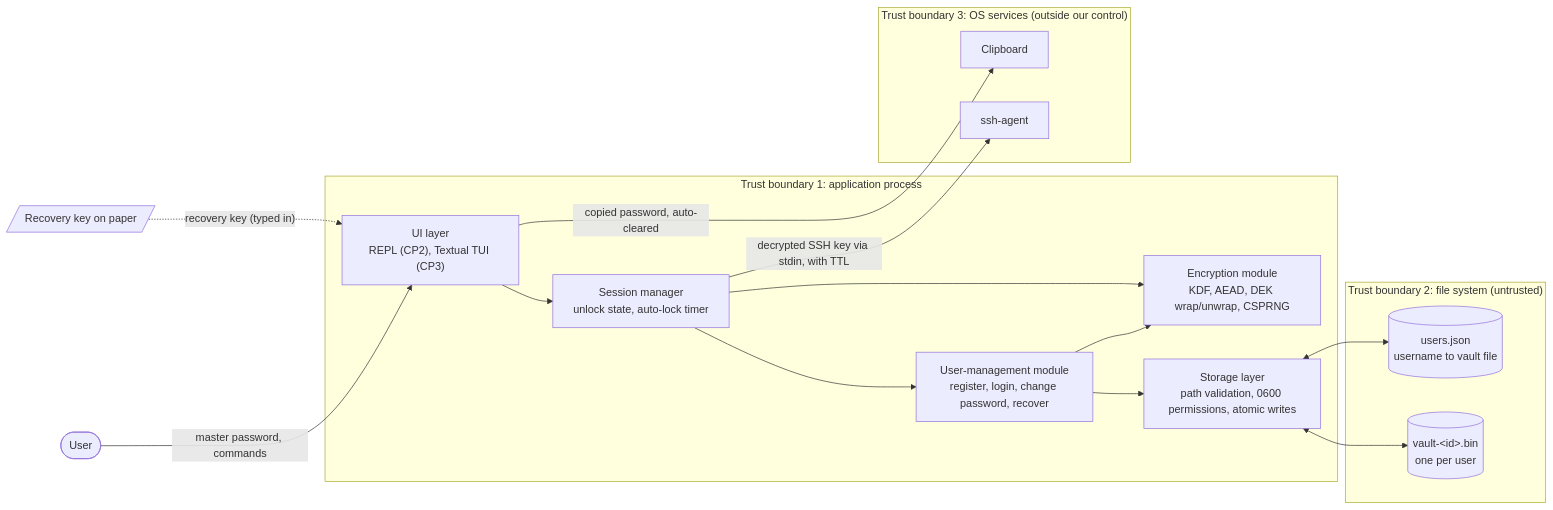
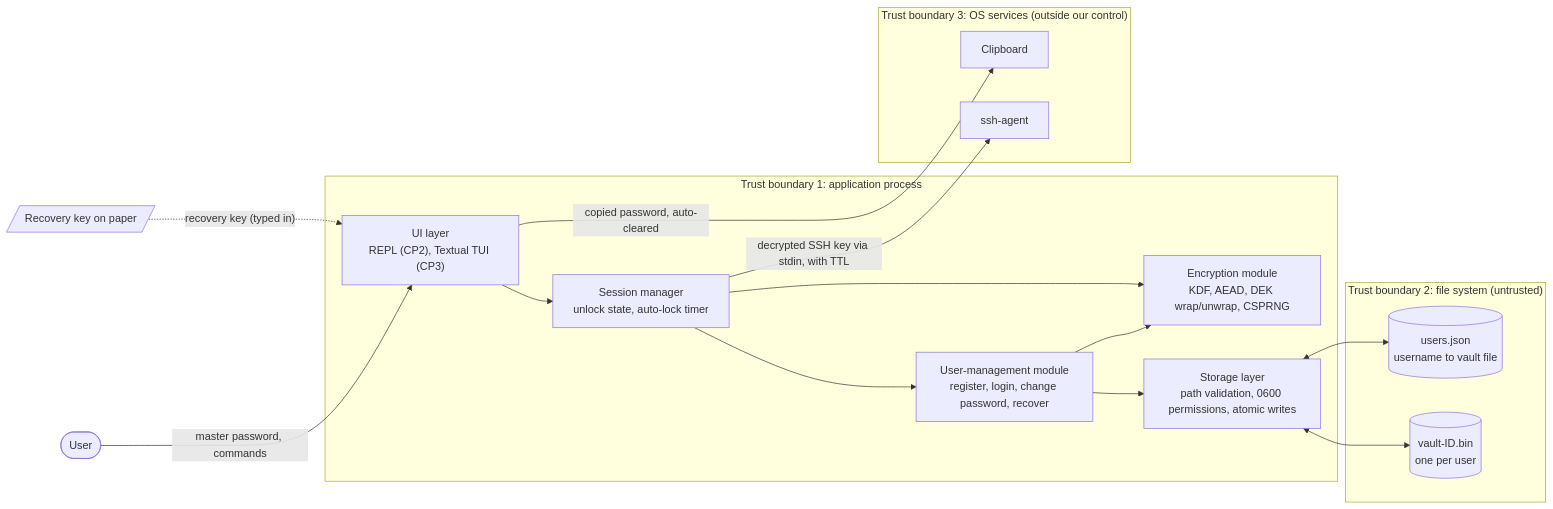
The diagram in DESIGN.md (OnarYusifov/secure-programming), drawn with Mermaid before and after one commit.

Commit message:
docs: fix vault label in architecture diagram

````diff
--- a/DESIGN.md
+++ b/DESIGN.md
@@ -40,35 +40,35 @@
 ```mermaid
 flowchart LR
     user(["User"])
     paper[/"Recovery key on paper"/]
 
     subgraph TB1["Trust boundary 1: application process"]
         ui["UI layer<br/>REPL (CP2), Textual TUI (CP3)"]
         sess["Session manager<br/>unlock state, auto-lock timer"]
         um["User-management module<br/>register, login, change password, recover"]
         crypto["Encryption module<br/>KDF, AEAD, DEK wrap/unwrap, CSPRNG"]
         store["Storage layer<br/>path validation, 0600 permissions, atomic writes"]
     end
 
     subgraph TB2["Trust boundary 2: file system (untrusted)"]
         idx[("users.json<br/>username to vault file")]
-        vault[("vault-&lt;id&gt;.bin<br/>one per user")]
+        vault[("vault-ID.bin<br/>one per user")]
     end
 
     subgraph TB3["Trust boundary 3: OS services (outside our control)"]
         clip["Clipboard"]
         agent["ssh-agent"]
     end
 
     user -- "master password, commands" --> ui
     paper -. "recovery key (typed in)" .-> ui
     ui --> sess
     sess --> um
     um --> crypto
     um --> store
     sess --> crypto
     store <--> idx
     store <--> vault
     ui -- "copied password, auto-cleared" --> clip
     sess -- "decrypted SSH key via stdin, with TTL" --> agent
 ```
````
